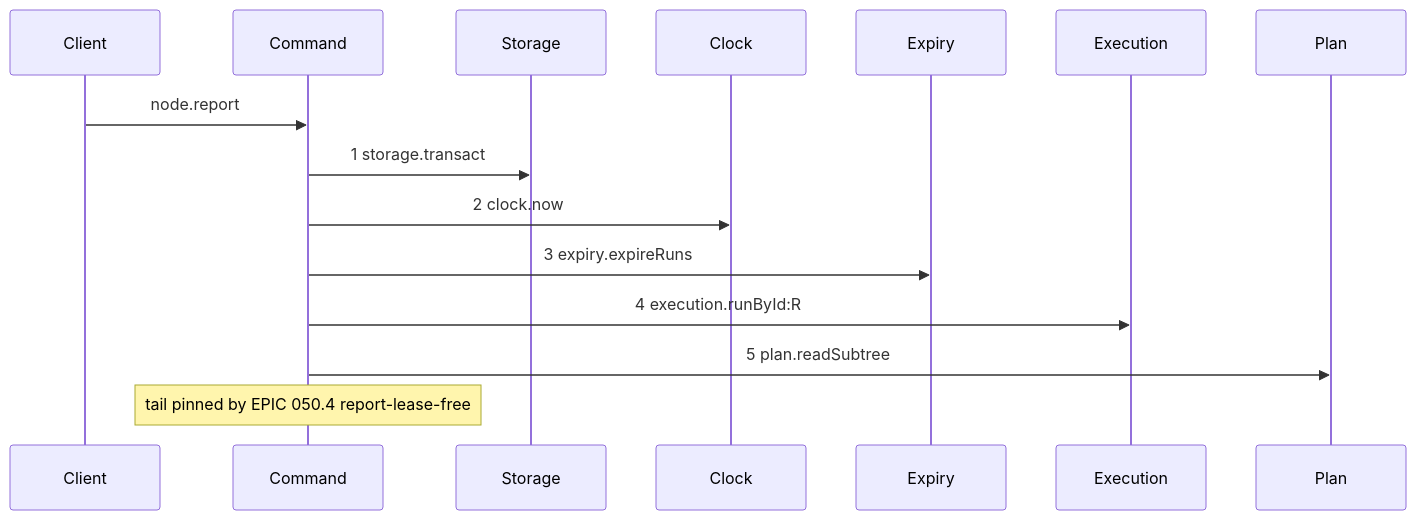
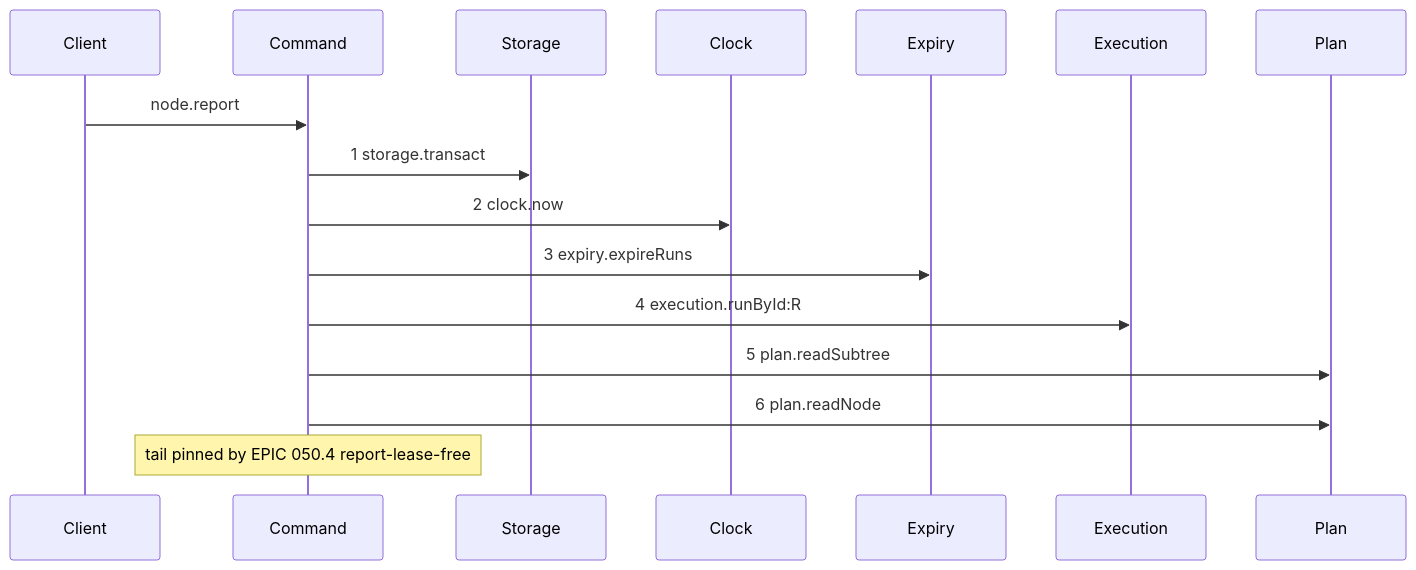
The second of 2 diagrams in .agents/plan/stories/050.2-the-run-renew-release-and-report/06-the-report-prelude.md (kanthorlabs/kanthord-engine), drawn with Mermaid before and after one commit. The commit also changed other lines of this file and 52 other files, not shown here.

````diff
--- a/.agents/plan/stories/050.2-the-run-renew-release-and-report/06-the-report-prelude.md
+++ b/.agents/plan/stories/050.2-the-run-renew-release-and-report/06-the-report-prelude.md
@@ -52,17 +53,18 @@
 ```mermaid
 sequenceDiagram
     participant Client
     participant Command
     participant Storage
     participant Clock
     participant Expiry
     participant Execution
     participant Plan
     Client->>Command: node.report
     Command->>Storage: 1 storage.transact
     Command->>Clock: 2 clock.now
     Command->>Expiry: 3 expiry.expireRuns
     Command->>Execution: 4 execution.runById:R
     Command->>Plan: 5 plan.readSubtree
+    Command->>Plan: 6 plan.readNode
     note over Command: tail pinned by EPIC 050.4 report-lease-free
 ```
````
